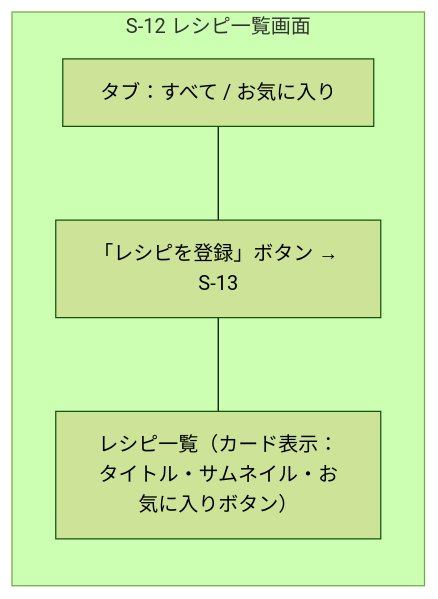
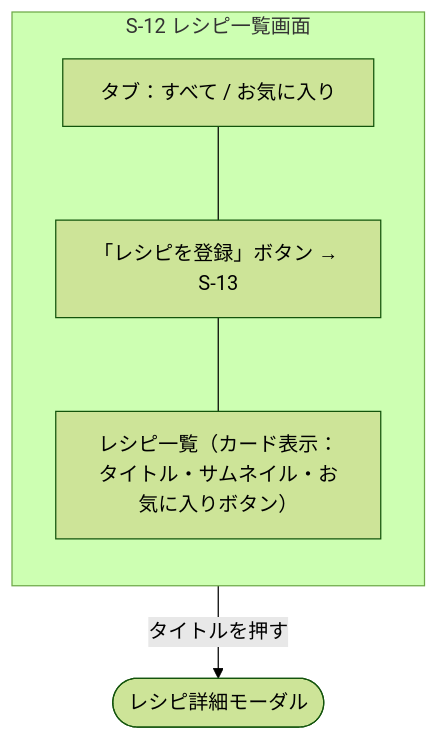
Before and after one commit to yamamotonaoki3/HomeLog: diagram 12 of 20 in docs/details/wireframes.md, drawn with Mermaid (forest theme). The commit also changed other lines of this file and 5 other files, not shown here.

````diff
--- a/docs/details/wireframes.md
+++ b/docs/details/wireframes.md
@@ -561,10 +561,11 @@
 ```mermaid
 flowchart TD
     subgraph Screen["S-12 レシピ一覧画面"]
         direction TB
         Tabs["タブ：すべて / お気に入り"]
         AddBtn["「レシピを登録」ボタン → S-13"]
         List["レシピ一覧（カード表示：タイトル・サムネイル・お気に入りボタン）"]
     end
     Tabs --- AddBtn --- List
+    List -- タイトルを押す --> Detail(["レシピ詳細モーダル"])
 ```
````
